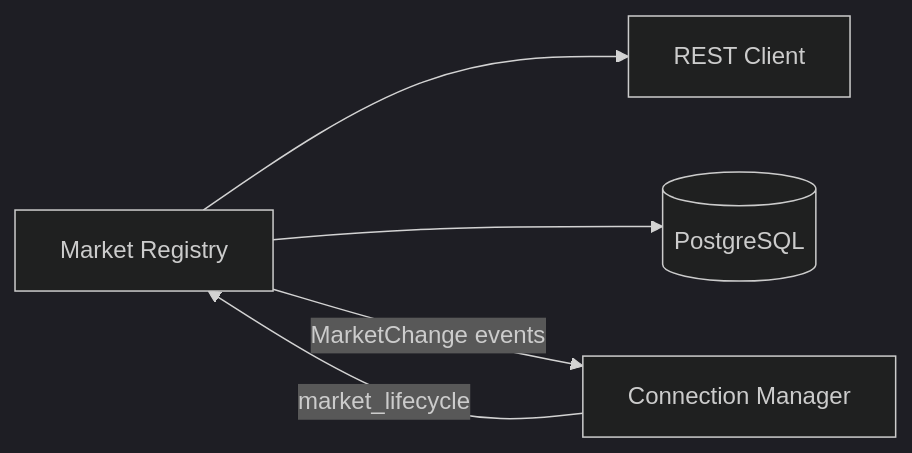
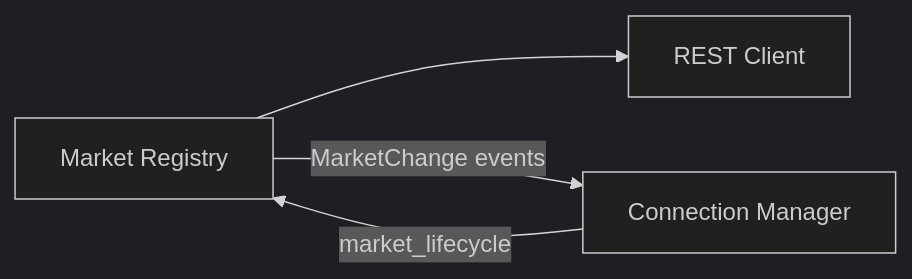
One commit to Projectsrxg/kalshi_v2 changed the second of 2 diagrams in docs/kalshi-data/market-registry/README.md. Above: the diagram before and after it, drawn with Mermaid (dark theme). The commit also changed other lines of this file and 27 other files, not shown here.

````diff
--- a/docs/kalshi-data/market-registry/README.md
+++ b/docs/kalshi-data/market-registry/README.md
@@ -57,7 +57,6 @@
 ```mermaid
 flowchart LR
     MR[Market Registry] --> REST[REST Client]
-    MR --> DB[(PostgreSQL)]
     MR -->|MarketChange events| CM[Connection Manager]
     CM -->|market_lifecycle| MR
 ```
````
